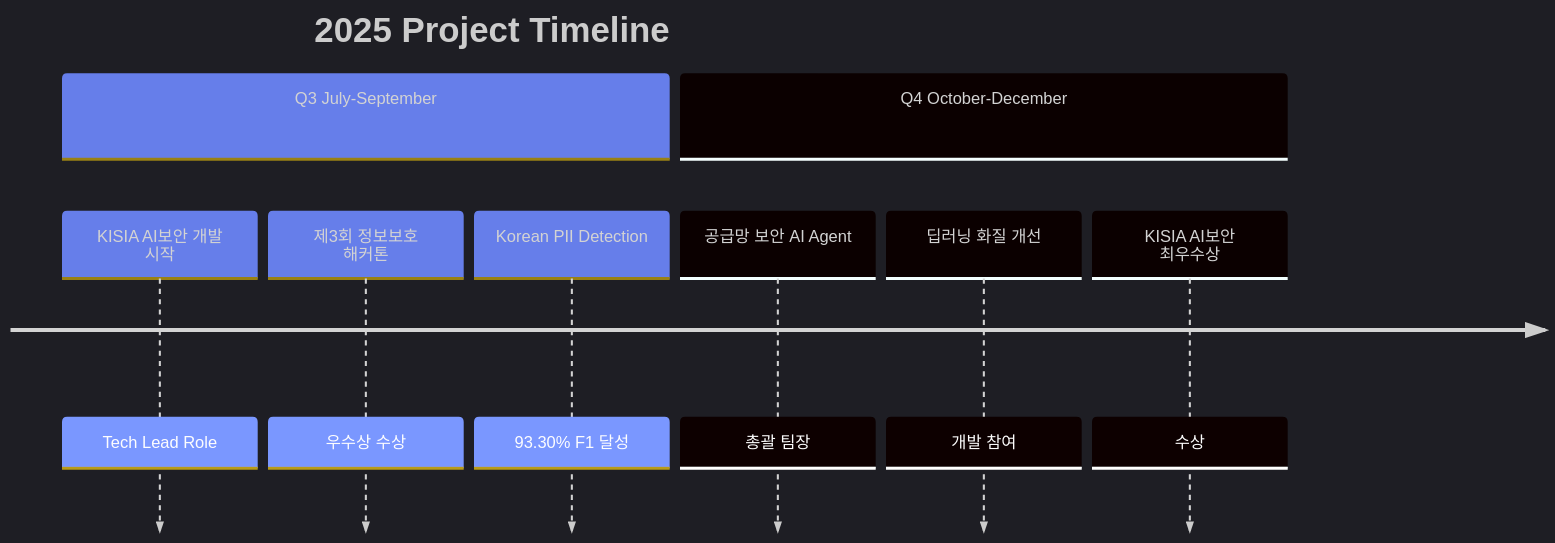
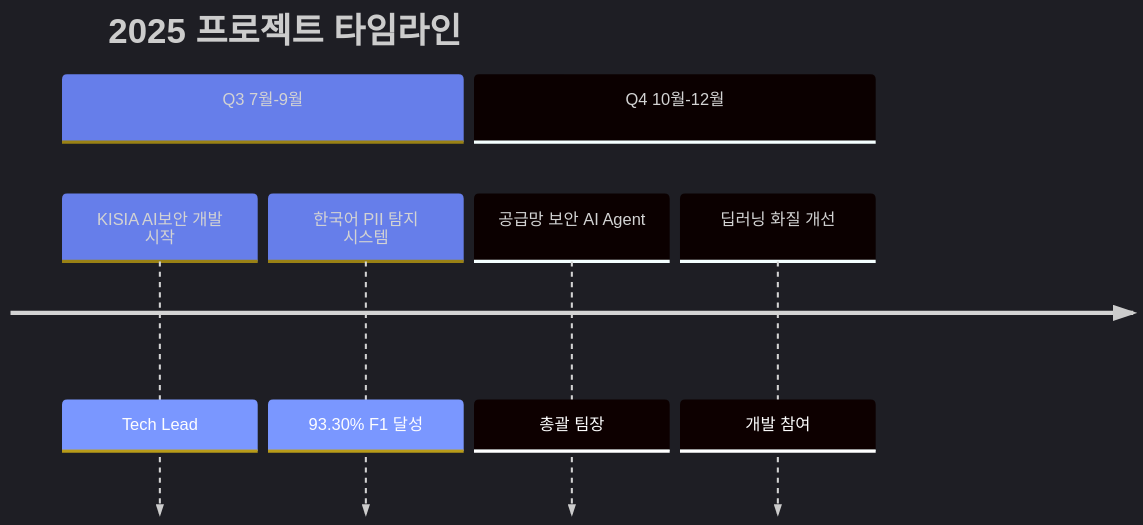
One commit to Creatine-mono/Creatine-mono changed the second of 2 diagrams in README.md. Above: the diagram before and after it, drawn with Mermaid. The commit also changed other lines of this file, not shown here.

````diff
--- a/README.md
+++ b/README.md
@@ -150,13 +159,11 @@
 ```mermaid
 %%{init: {'theme':'dark', 'themeVariables': { 'primaryColor':'#667eea','primaryTextColor':'#fff','primaryBorderColor':'#764ba2','lineColor':'#f093fb'}}}%%
 timeline
-    title 2025 Project Timeline
-    section Q3 July-September
-        KISIA AI보안 개발 시작 : Tech Lead Role
-        제3회 정보보호 해커톤 : 우수상 수상
-        Korean PII Detection : 93.30% F1 달성
-    section Q4 October-December
+    title 2025 프로젝트 타임라인
+    section Q3 7월-9월
+        KISIA AI보안 개발 시작 : Tech Lead
+        한국어 PII 탐지 시스템 : 93.30% F1 달성
+    section Q4 10월-12월
         공급망 보안 AI Agent : 총괄 팀장
         딥러닝 화질 개선 : 개발 참여
-        KISIA AI보안 최우수상 : 수상
 ```
````
